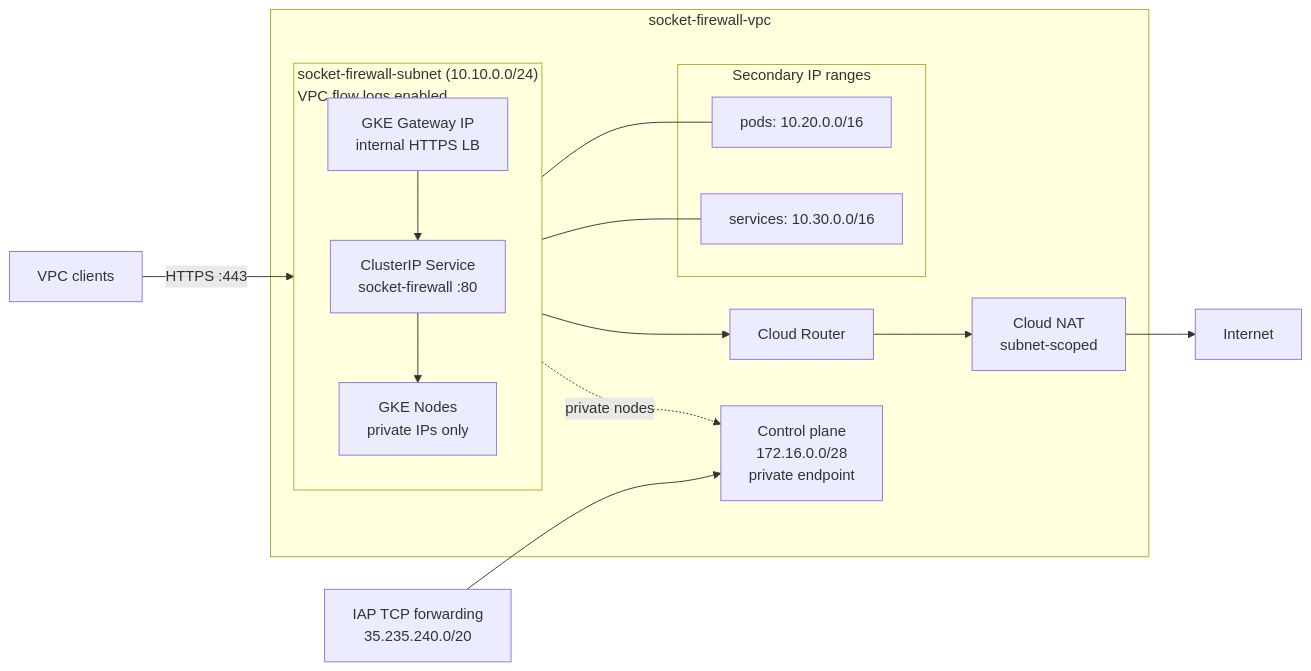
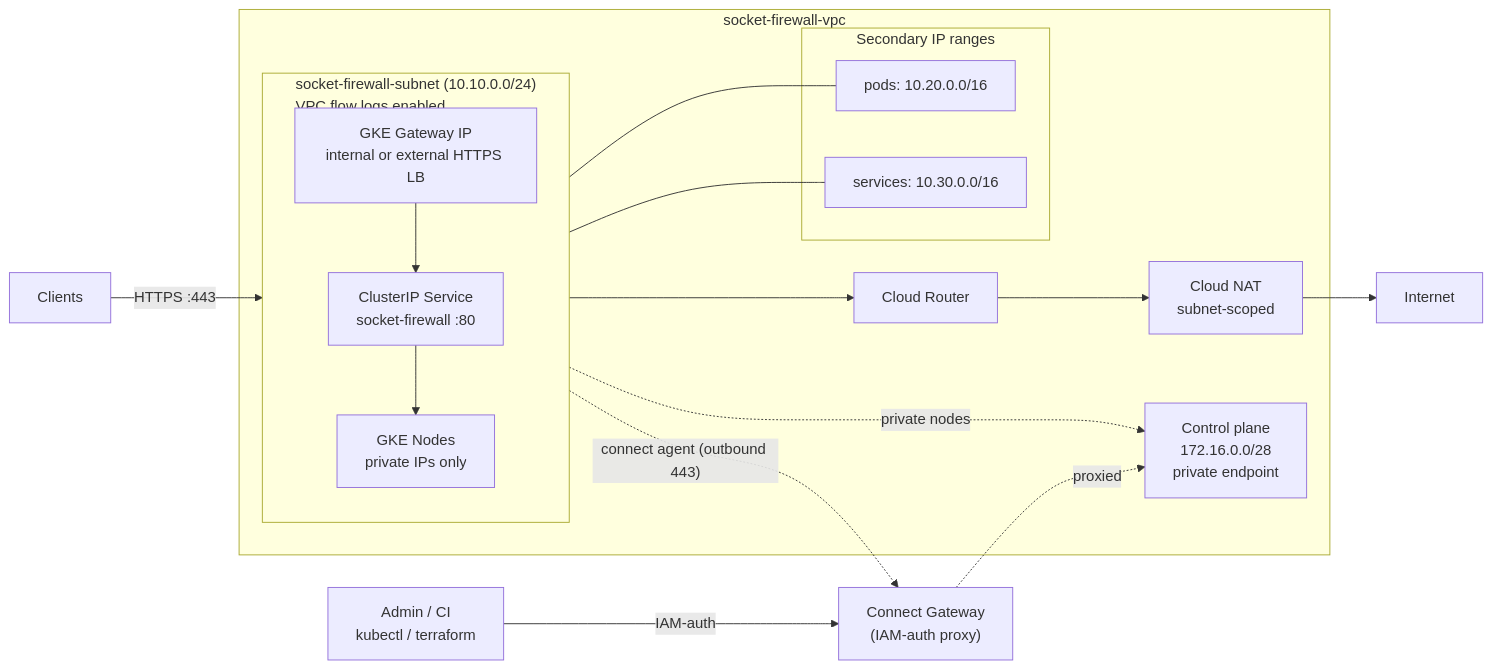
The second of 3 diagrams in README.md (getsentry/security-socket-firewall), drawn with Mermaid before and after one commit. The commit also changed other lines of this file, not shown here.

````diff
--- a/README.md
+++ b/README.md
@@ -100,31 +108,34 @@
 ```mermaid
 flowchart LR
     subgraph VPC["socket-firewall-vpc"]
         subgraph SUB["socket-firewall-subnet (10.10.0.0/24)<br/>VPC flow logs enabled"]
             direction TB
             N1["GKE Nodes<br/>private IPs only"]
-            GW_IP["GKE Gateway IP<br/>internal HTTPS LB"]
+            GW_IP["GKE Gateway IP<br/>internal or external HTTPS LB"]
             SVC["ClusterIP Service<br/>socket-firewall :80"]
         end
 
         subgraph RANGES["Secondary IP ranges"]
             PODS["pods: 10.20.0.0/16"]
             SVC_CIDR["services: 10.30.0.0/16"]
         end
 
         ROUTER["Cloud Router"]
         NAT["Cloud NAT<br/>subnet-scoped"]
         MASTER["Control plane<br/>172.16.0.0/28<br/>private endpoint"]
     end
 
     INTERNET["Internet"]
-    IAP["IAP TCP forwarding<br/>35.235.240.0/20"]
-    CLIENT["VPC clients"]
+    CGW["Connect Gateway<br/>(IAM-auth proxy)"]
+    ADMIN["Admin / CI<br/>kubectl / terraform"]
+    CLIENT["Clients"]
 
     N1 --- PODS
     N1 --- SVC_CIDR
     N1 --> ROUTER --> NAT --> INTERNET
     CLIENT -->|"HTTPS :443"| GW_IP --> SVC --> N1
-    IAP --> MASTER
+    N1 -.->|"connect agent (outbound 443)"| CGW
+    ADMIN -->|"IAM-auth"| CGW
+    CGW -.->|"proxied"| MASTER
     N1 -.->|"private nodes"| MASTER
 ```
````
